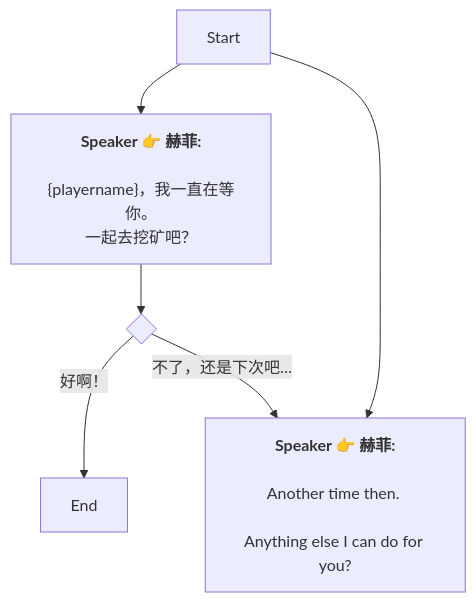
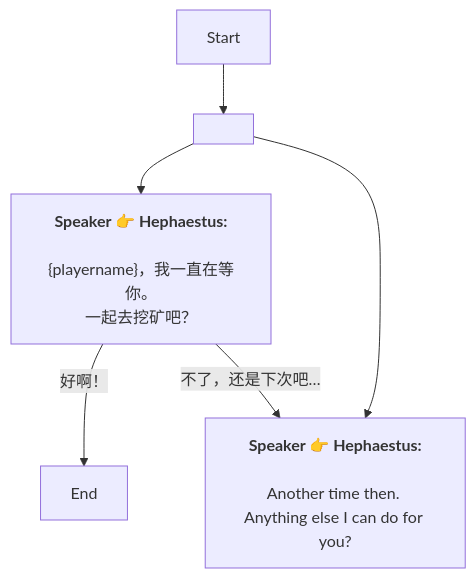
The diagram in Zh/QuestTalkObjectiveNode_1750657146285344.md (SoftHu/tos_avg), drawn with Mermaid before and after one commit. The commit also changed 737 other files, not shown here.

````diff
--- a/Zh/QuestTalkObjectiveNode_1750657146285344.md
+++ b/Zh/QuestTalkObjectiveNode_1750657146285344.md
@@ -1,24 +1,17 @@
 ```mermaid
 graph
-Start -->1750658557600035[<b>Speaker 👉 赫菲:</b>
-
-&lbrace;playername&rbrace;，我一直在等你。
+Start -->1750911911868690[ ]
+1750911911868690 -->1750658557600035[<b>Speaker 👉 Hephaestus:</b>
+\n&lbrace;playername&rbrace;，我一直在等你。
 一起去挖矿吧？]
-Start -->1750911970255123[<b>Speaker 👉 赫菲:</b>
-
-Another time then. 
-
+1750911911868690 -->1750911970255123[<b>Speaker 👉 Hephaestus:</b>
+\nAnother time then. 
 Anything else I can do for you?
-
 ]
-1750658557600035 -->1750658984505636{ }
-1750658984505636 -->|好啊！|1750835737352708[End]
-1750658984505636 -->|不了，还是下次吧…|1750911970255123[<b>Speaker 👉 赫菲:</b>
-
-Another time then. 
-
+1750658557600035 -->|好啊！|1750835737352708[End]
+1750658557600035 -->|不了，还是下次吧…|1750911970255123[<b>Speaker 👉 Hephaestus:</b>
+\nAnother time then. 
 Anything else I can do for you?
-
 ]
 
- ```
+```
````
